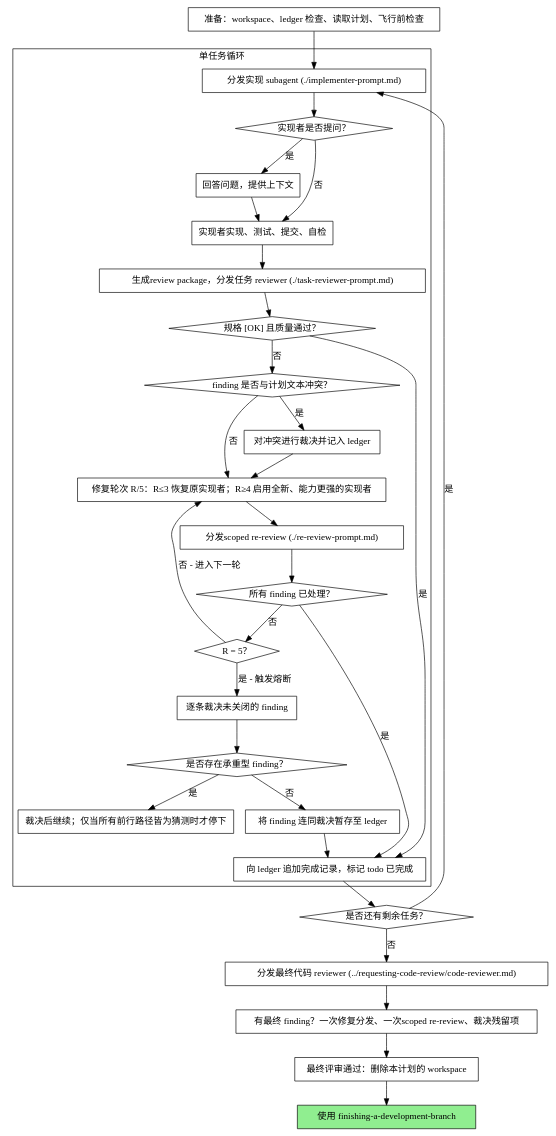
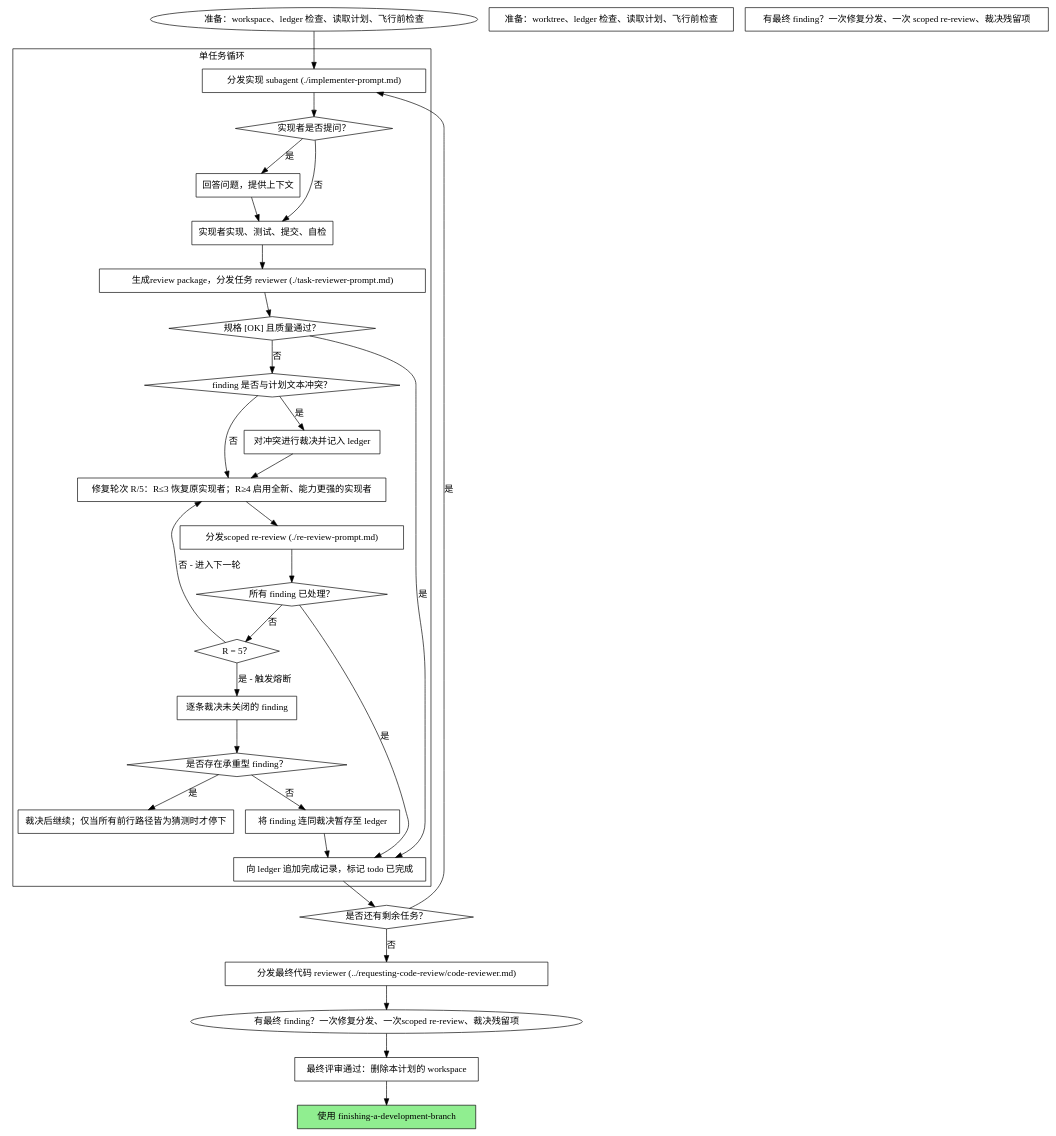
The second of 2 diagrams in skills/subagent-driven-development/SKILL.md (Wenaixi/dsh-superpower), drawn with Graphviz before and after one commit. The commit also changed other lines of this file and 9 other files, not shown here.

First line of the commit message:
fix: 深审修复——agent/worktree/workspace 术语、RED-GREEN-REFACTOR 回英文、错译与排版

````diff
--- a/skills/subagent-driven-development/SKILL.md
+++ b/skills/subagent-driven-development/SKILL.md
@@ -50,62 +50,62 @@
 ```dot
 digraph process {
     rankdir=TB;
 
     subgraph cluster_per_task {
         label="单任务循环";
         "分发实现 subagent (./implementer-prompt.md)" [shape=box];
         "实现者是否提问？" [shape=diamond];
         "回答问题，提供上下文" [shape=box];
         "实现者实现、测试、提交、自检" [shape=box];
         "生成review package，分发任务 reviewer (./task-reviewer-prompt.md)" [shape=box];
         "规格 [OK] 且质量通过？" [shape=diamond];
         "finding 是否与计划文本冲突？" [shape=diamond];
         "对冲突进行裁决并记入 ledger" [shape=box];
         "修复轮次 R/5：R≤3 恢复原实现者；R≥4 启用全新、能力更强的实现者" [shape=box];
         "分发scoped re-review (./re-review-prompt.md)" [shape=box];
         "所有 finding 已处理？" [shape=diamond];
         "R = 5？" [shape=diamond];
         "逐条裁决未关闭的 finding" [shape=box];
         "是否存在承重型 finding？" [shape=diamond];
         "裁决后继续；仅当所有前行路径皆为猜测时才停下" [shape=box];
         "将 finding 连同裁决暂存至 ledger" [shape=box];
         "向 ledger 追加完成记录，标记 todo 已完成" [shape=box];
     }
 
-    "准备：workspace、ledger 检查、读取计划、飞行前检查" [shape=box];
+    "准备：worktree、ledger 检查、读取计划、飞行前检查" [shape=box];
     "是否还有剩余任务？" [shape=diamond];
     "分发最终代码 reviewer (../requesting-code-review/code-reviewer.md)" [shape=box];
-    "有最终 finding？一次修复分发、一次scoped re-review、裁决残留项" [shape=box];
+    "有最终 finding？一次修复分发、一次 scoped re-review、裁决残留项" [shape=box];
     "最终评审通过：删除本计划的 workspace" [shape=box];
     "使用 finishing-a-development-branch" [shape=box style=filled fillcolor=lightgreen];
 
     "准备：workspace、ledger 检查、读取计划、飞行前检查" -> "分发实现 subagent (./implementer-prompt.md)";
     "分发实现 subagent (./implementer-prompt.md)" -> "实现者是否提问？";
     "实现者是否提问？" -> "回答问题，提供上下文" [label="是"];
     "回答问题，提供上下文" -> "实现者实现、测试、提交、自检";
     "实现者是否提问？" -> "实现者实现、测试、提交、自检" [label="否"];
     "实现者实现、测试、提交、自检" -> "生成review package，分发任务 reviewer (./task-reviewer-prompt.md)";
     "生成review package，分发任务 reviewer (./task-reviewer-prompt.md)" -> "规格 [OK] 且质量通过？";
     "规格 [OK] 且质量通过？" -> "向 ledger 追加完成记录，标记 todo 已完成" [label="是"];
     "规格 [OK] 且质量通过？" -> "finding 是否与计划文本冲突？" [label="否"];
     "finding 是否与计划文本冲突？" -> "对冲突进行裁决并记入 ledger" [label="是"];
     "对冲突进行裁决并记入 ledger" -> "修复轮次 R/5：R≤3 恢复原实现者；R≥4 启用全新、能力更强的实现者";
     "finding 是否与计划文本冲突？" -> "修复轮次 R/5：R≤3 恢复原实现者；R≥4 启用全新、能力更强的实现者" [label="否"];
     "修复轮次 R/5：R≤3 恢复原实现者；R≥4 启用全新、能力更强的实现者" -> "分发scoped re-review (./re-review-prompt.md)";
     "分发scoped re-review (./re-review-prompt.md)" -> "所有 finding 已处理？";
     "所有 finding 已处理？" -> "向 ledger 追加完成记录，标记 todo 已完成" [label="是"];
     "所有 finding 已处理？" -> "R = 5？" [label="否"];
     "R = 5？" -> "修复轮次 R/5：R≤3 恢复原实现者；R≥4 启用全新、能力更强的实现者" [label="否 - 进入下一轮"];
     "R = 5？" -> "逐条裁决未关闭的 finding" [label="是 - 触发熔断"];
     "逐条裁决未关闭的 finding" -> "是否存在承重型 finding？";
     "是否存在承重型 finding？" -> "裁决后继续；仅当所有前行路径皆为猜测时才停下" [label="是"];
     "是否存在承重型 finding？" -> "将 finding 连同裁决暂存至 ledger" [label="否"];
     "将 finding 连同裁决暂存至 ledger" -> "向 ledger 追加完成记录，标记 todo 已完成";
     "向 ledger 追加完成记录，标记 todo 已完成" -> "是否还有剩余任务？";
     "是否还有剩余任务？" -> "分发实现 subagent (./implementer-prompt.md)" [label="是"];
     "是否还有剩余任务？" -> "分发最终代码 reviewer (../requesting-code-review/code-reviewer.md)" [label="否"];
     "分发最终代码 reviewer (../requesting-code-review/code-reviewer.md)" -> "有最终 finding？一次修复分发、一次scoped re-review、裁决残留项";
     "有最终 finding？一次修复分发、一次scoped re-review、裁决残留项" -> "最终评审通过：删除本计划的 workspace";
     "最终评审通过：删除本计划的 workspace" -> "使用 finishing-a-development-branch";
 }
 ```
````
